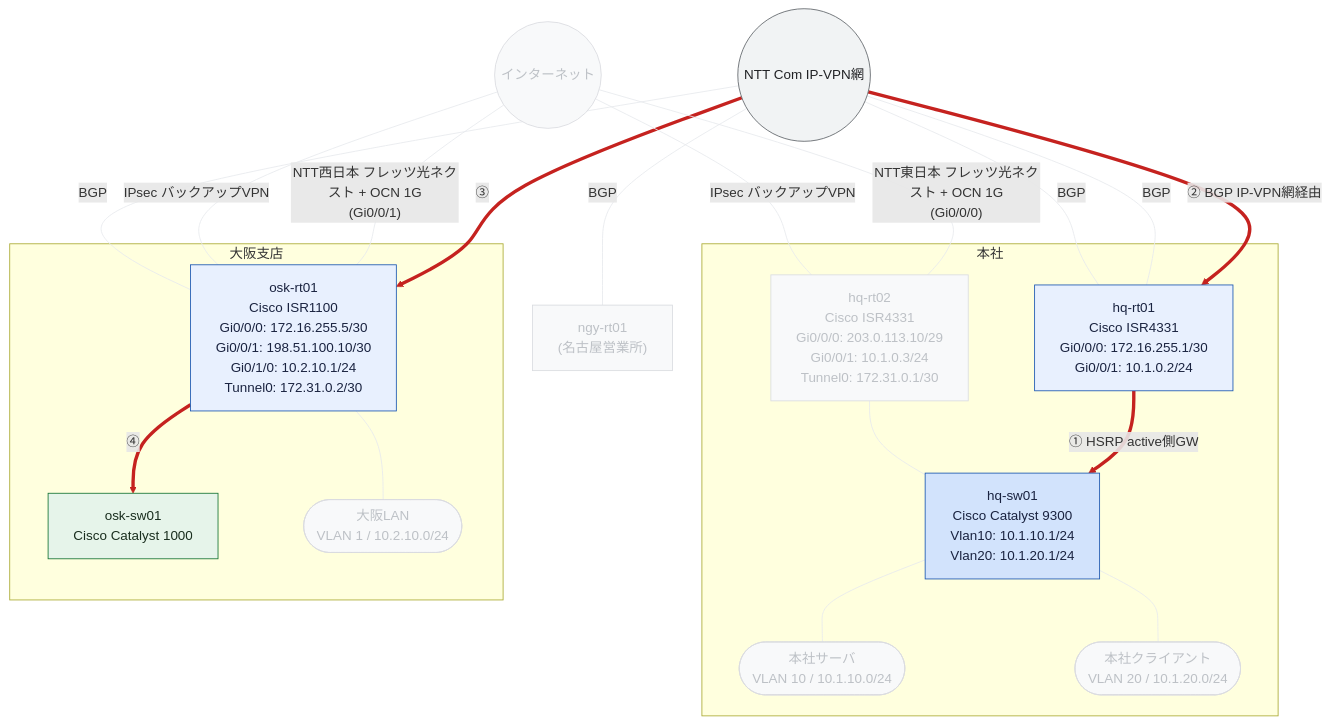
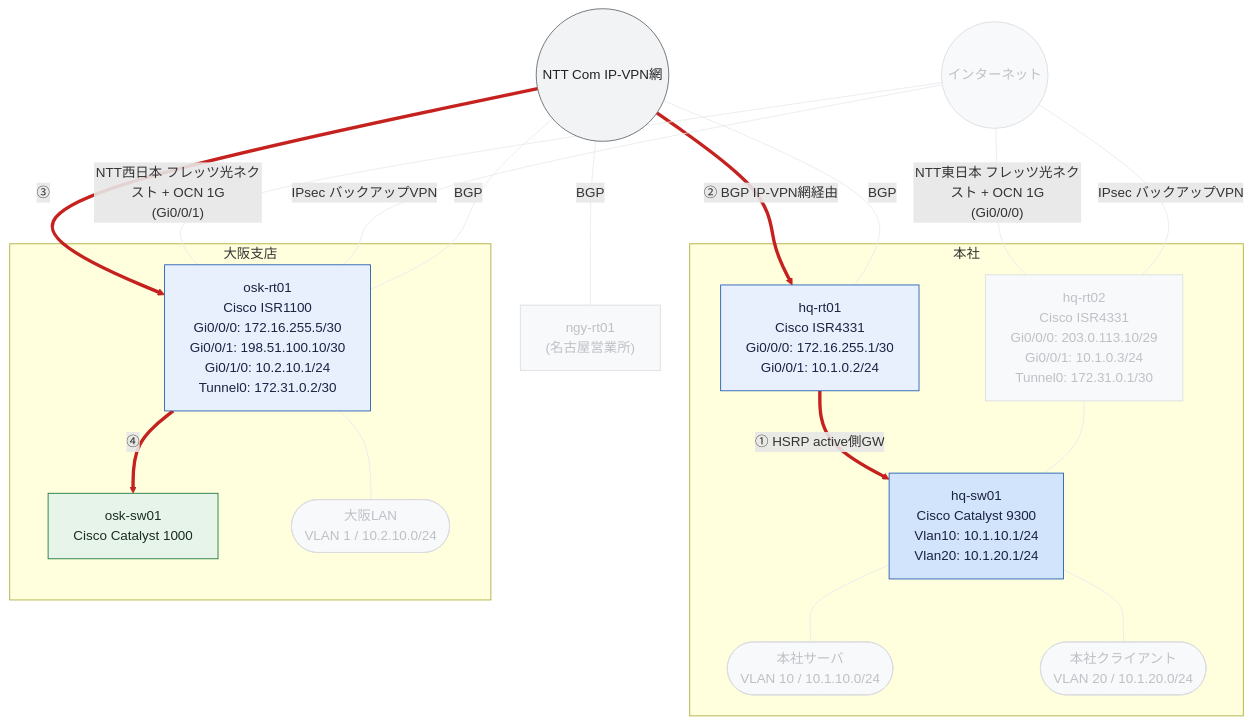
Before and after one commit to thinas1115/nwdsl: the diagram in examples/sample-corp/generated/path-normal.mmd, drawn with Mermaid. The commit also changed 31 other files, not shown here.

```diff
--- a/examples/sample-corp/generated/path-normal.mmd
+++ b/examples/sample-corp/generated/path-normal.mmd
@@ -1,51 +1,50 @@
 flowchart TB
   subgraph sg_hq["本社"]
     hq_rt01["hq-rt01<br>Cisco ISR4331<br>Gi0/0/0: 172.16.255.1/30<br>Gi0/0/1: 10.1.0.2/24"]
     hq_sw01["hq-sw01<br>Cisco Catalyst 9300<br>Vlan10: 10.1.10.1/24<br>Vlan20: 10.1.20.1/24"]
     hq_rt02["hq-rt02<br>Cisco ISR4331<br>Gi0/0/0: 203.0.113.10/29<br>Gi0/0/1: 10.1.0.3/24<br>Tunnel0: 172.31.0.1/30"]
     seg__hq_server(["本社サーバ<br>VLAN 10 / 10.1.10.0/24"])
     seg__hq_client(["本社クライアント<br>VLAN 20 / 10.1.20.0/24"])
   end
   subgraph sg_osk["大阪支店"]
     osk_rt01["osk-rt01<br>Cisco ISR1100<br>Gi0/0/0: 172.16.255.5/30<br>Gi0/0/1: 198.51.100.10/30<br>Gi0/1/0: 10.2.10.1/24<br>Tunnel0: 172.31.0.2/30"]
     osk_sw01["osk-sw01<br>Cisco Catalyst 1000"]
     seg__osk_lan(["大阪LAN<br>VLAN 1 / 10.2.10.0/24"])
   end
   ipvpn(("NTT Com IP-VPN網"))
   internet(("インターネット"))
   ngy_rt01["ngy-rt01<br>(名古屋営業所)"]
   hq_rt01 -->|"① HSRP active側GW"| hq_sw01
   hq_rt02 --- hq_sw01
   osk_rt01 -->|"④"| osk_sw01
   ipvpn -->|"② BGP IP-VPN網経由"| hq_rt01
   ipvpn -->|"③"| osk_rt01
   internet ---|"NTT東日本 フレッツ光ネクスト + OCN 1G<br>(Gi0/0/0)"| hq_rt02
   internet ---|"NTT西日本 フレッツ光ネクスト + OCN 1G<br>(Gi0/0/1)"| osk_rt01
   internet ---|"IPsec バックアップVPN"| hq_rt02
   internet ---|"IPsec バックアップVPN"| osk_rt01
   ipvpn ---|"BGP"| hq_rt01
   ipvpn ---|"BGP"| osk_rt01
-  ipvpn ---|"BGP"| hq_rt01
   ipvpn ---|"BGP"| ngy_rt01
   hq_sw01 --- seg__hq_server
   hq_sw01 --- seg__hq_client
   osk_rt01 --- seg__osk_lan
 
   classDef node_dim fill:#f8f9fa,stroke:#dadce0,color:#bdc1c6
   classDef node_failed fill:#fce8e6,stroke:#c5221f,color:#3c1a19
   classDef role_router fill:#e8f0fe,stroke:#1a56b0,color:#1a2340
   classDef role_l3switch fill:#d2e3fc,stroke:#1a56b0,color:#1a2340
   classDef role_l2switch fill:#e6f4ea,stroke:#137333,color:#1a2e1f
   classDef role_firewall fill:#fce8e6,stroke:#c5221f,color:#3c1a19
   classDef role_other fill:#f1f3f4,stroke:#5f6368,color:#202124
   classDef node_cloud fill:#f1f3f4,stroke:#5f6368,color:#202124
   classDef node_site fill:#fff8e1,stroke:#b58105,color:#4a3a08
   classDef node_segment fill:#e2f5f0,stroke:#0f766e,color:#0b3d38
   classDef node_external fill:#ffffff,stroke:#9aa0a6,stroke-dasharray:3 3,color:#5f6368
   class hq_rt01,osk_rt01 role_router
   class hq_sw01 role_l3switch
   class hq_rt02,internet,ngy_rt01,seg__hq_server,seg__hq_client,seg__osk_lan node_dim
   class osk_sw01 role_l2switch
   class ipvpn node_cloud
   linkStyle 0,2,3,4 stroke:#c5221f,stroke-width:4px
-  linkStyle 1,5,6,7,8,9,10,11,12,13,14,15 stroke:#e8eaed,stroke-width:1px
+  linkStyle 1,5,6,7,8,9,10,11,12,13,14 stroke:#e8eaed,stroke-width:1px
```
